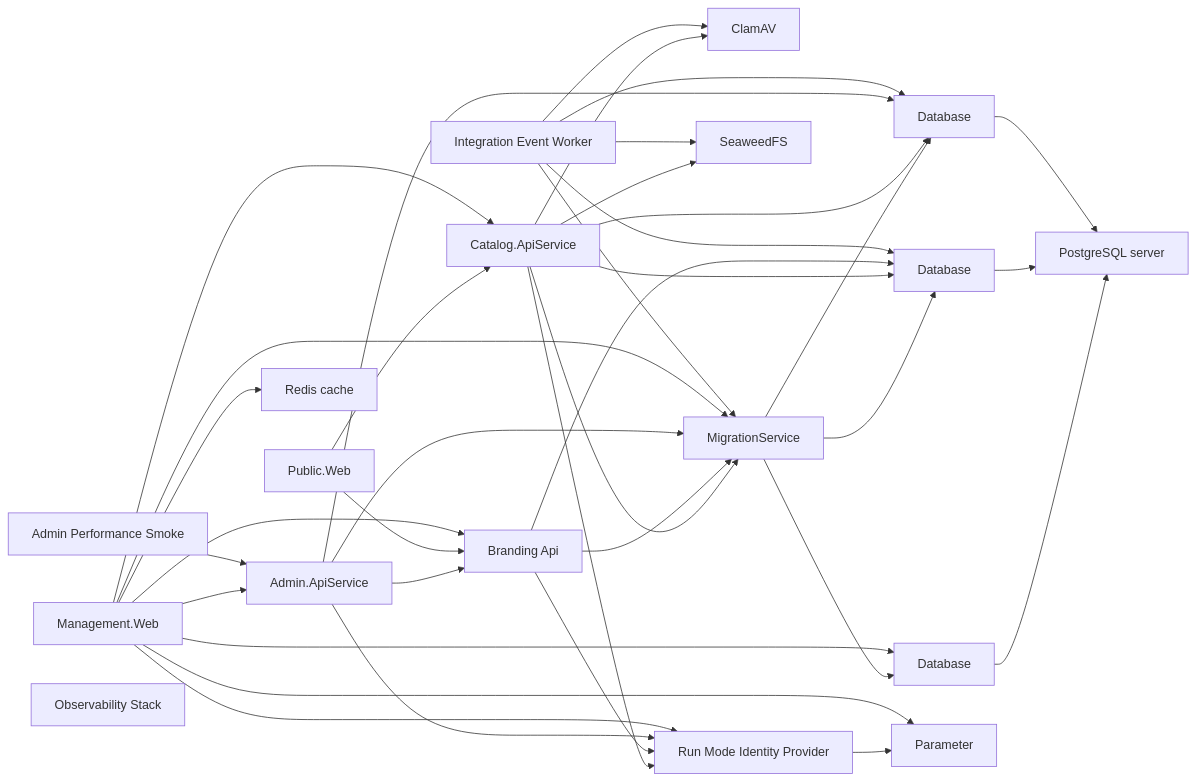
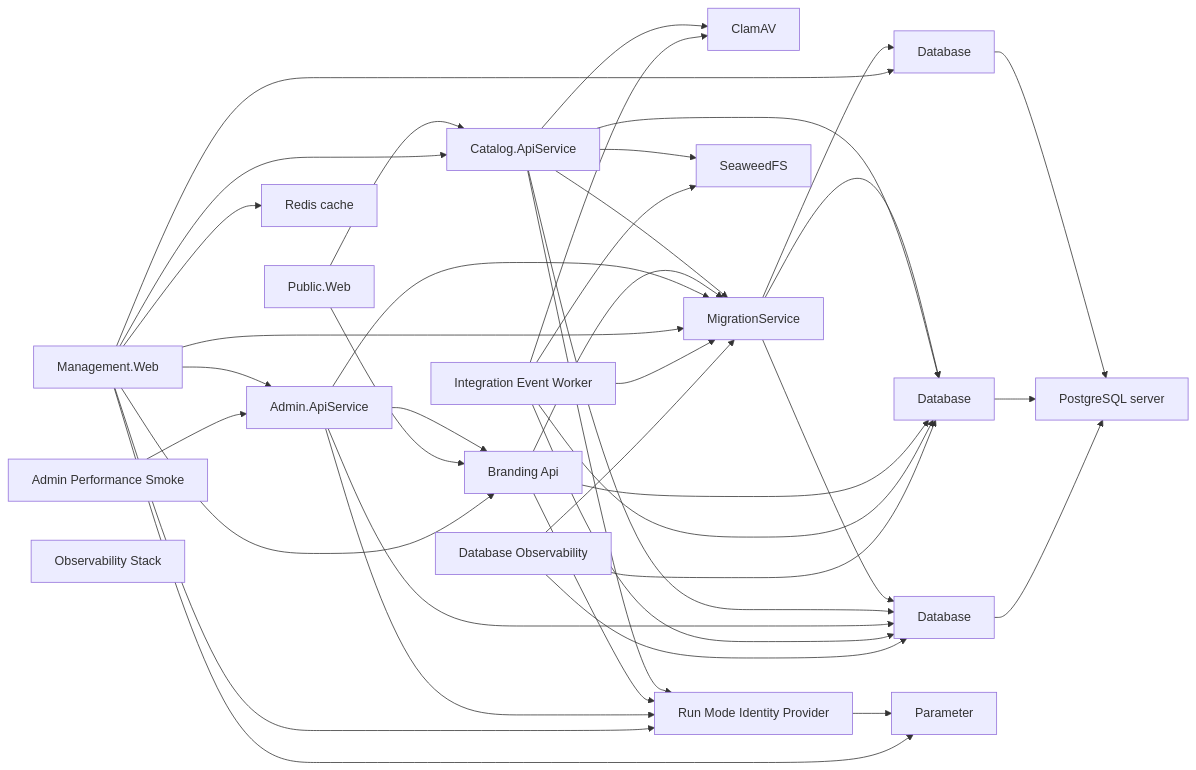
Before and after one commit to danigutsch/ViajantesTurismo: the first of 2 diagrams in docs/architecture/runtime-wiring-and-deployment.md, drawn with Mermaid. The commit also changed other lines of this file and 116 other files, not shown here.

````diff
--- a/docs/architecture/runtime-wiring-and-deployment.md
+++ b/docs/architecture/runtime-wiring-and-deployment.md
@@ -13,57 +14,61 @@
 ```mermaid
 flowchart LR
     AdminPerformanceSmoke[Admin Performance Smoke]
     apiService[Admin.ApiService]
     brandingApiService[Branding Api]
     catalogApiService[Catalog.ApiService]
     clamAv[ClamAV]
     adminDatabase[Database]
     catalogDatabase[Database]
     securityDatabase[Database]
+    DatabaseObservability[Database Observability]
     IntegrationEventWorker[Integration Event Worker]
     ManagementWeb[Management.Web]
     migrationService[MigrationService]
     ObservabilityStack[Observability Stack]
     managementWebClientSecret[Parameter]
     databaseServer[PostgreSQL server]
     PublicWeb[Public.Web]
     cache[Redis cache]
     identityProvider[Run Mode Identity Provider]
     seaweedFs[SeaweedFS]
     AdminPerformanceSmoke --> apiService
+    DatabaseObservability --> adminDatabase
+    DatabaseObservability --> catalogDatabase
+    DatabaseObservability --> migrationService
     IntegrationEventWorker --> adminDatabase
     IntegrationEventWorker --> catalogDatabase
     IntegrationEventWorker --> clamAv
     IntegrationEventWorker --> migrationService
     IntegrationEventWorker --> seaweedFs
     ManagementWeb --> apiService
     ManagementWeb --> brandingApiService
     ManagementWeb --> cache
     ManagementWeb --> catalogApiService
     ManagementWeb --> identityProvider
     ManagementWeb --> managementWebClientSecret
     ManagementWeb --> migrationService
     ManagementWeb --> securityDatabase
     PublicWeb --> brandingApiService
     PublicWeb --> catalogApiService
     adminDatabase --> databaseServer
     apiService --> adminDatabase
     apiService --> brandingApiService
     apiService --> identityProvider
     apiService --> migrationService
     brandingApiService --> catalogDatabase
     brandingApiService --> identityProvider
     brandingApiService --> migrationService
     catalogApiService --> adminDatabase
     catalogApiService --> catalogDatabase
     catalogApiService --> clamAv
     catalogApiService --> identityProvider
     catalogApiService --> migrationService
     catalogApiService --> seaweedFs
     catalogDatabase --> databaseServer
     identityProvider --> managementWebClientSecret
     migrationService --> adminDatabase
     migrationService --> catalogDatabase
     migrationService --> securityDatabase
     securityDatabase --> databaseServer
 ```
````
